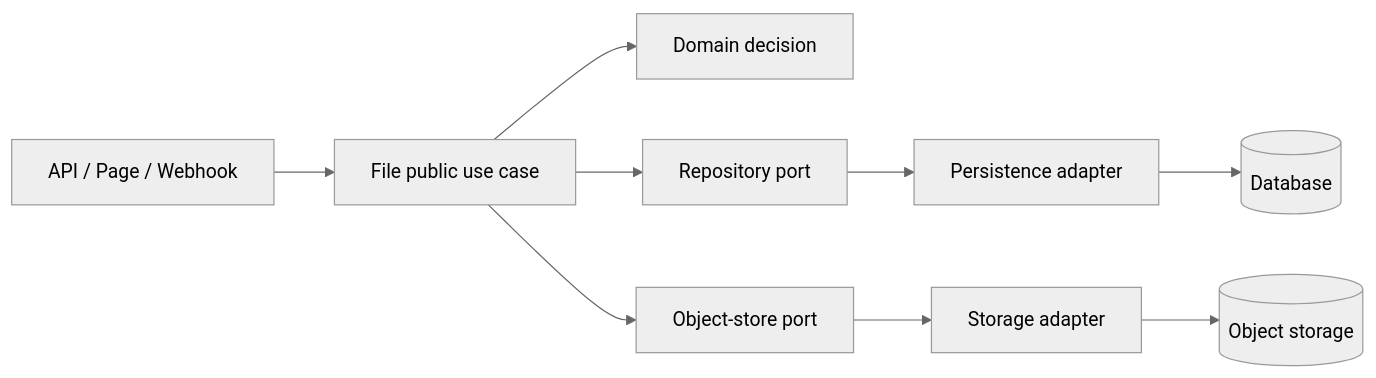
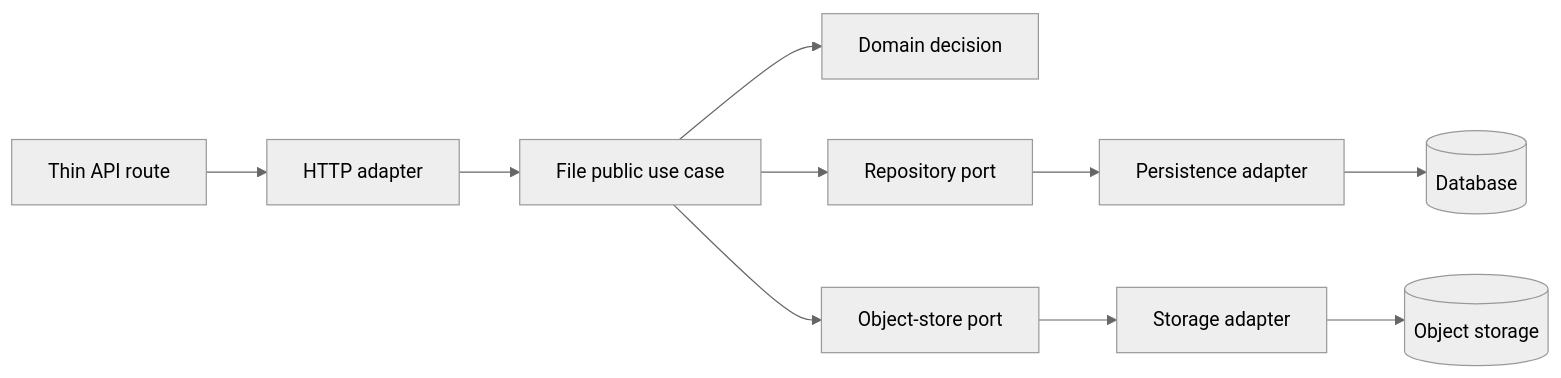
The diagram in packages/file/README.md (963sup/Line_Bot_v1), drawn with Mermaid (neutral theme) before and after one commit. The commit also changed other lines of this file and 6 other files, not shown here.

````diff
--- a/packages/file/README.md
+++ b/packages/file/README.md
@@ -53,11 +54,12 @@
 ```mermaid
 flowchart LR
-  P[API / Page / Webhook] --> C[File public use case]
+  P[Thin API route] --> H[HTTP adapter]
+  H --> C[File public use case]
   C --> D[Domain decision]
   C --> R[Repository port]
   C --> O[Object-store port]
   R --> RP[Persistence adapter]
   O --> OS[Storage adapter]
   RP --> DB[(Database)]
   OS --> B[(Object storage)]
 ```
````
